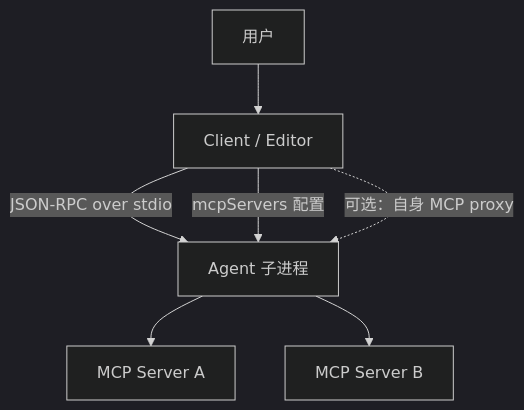
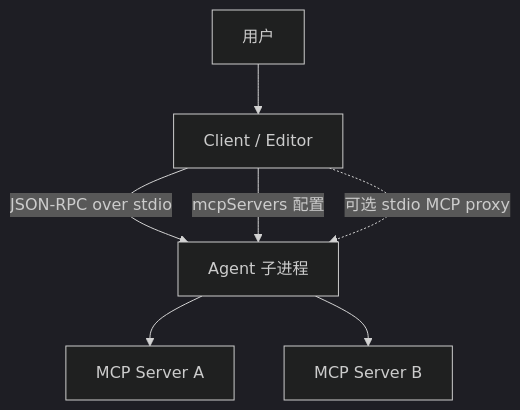
Before and after one commit to PerfectPan/wiki: the first of 5 diagrams in wiki/topics/ai/Agent Client Protocol.md, drawn with Mermaid (dark theme). The commit also changed other lines of this file and 1 other file, not shown here.

````diff
--- a/wiki/topics/ai/Agent Client Protocol.md
+++ b/wiki/topics/ai/Agent Client Protocol.md
@@ -55,9 +53,9 @@
 ```mermaid
 flowchart TB
   User[用户] --> Client[Client / Editor]
   Client -->|JSON-RPC over stdio| Agent[Agent 子进程]
   Client -->|mcpServers 配置| Agent
   Agent --> MCP1[MCP Server A]
   Agent --> MCP2[MCP Server B]
-  Client -.->|可选：自身 MCP proxy| Agent
+  Client -.->|可选 stdio MCP proxy| Agent
 ```
````
